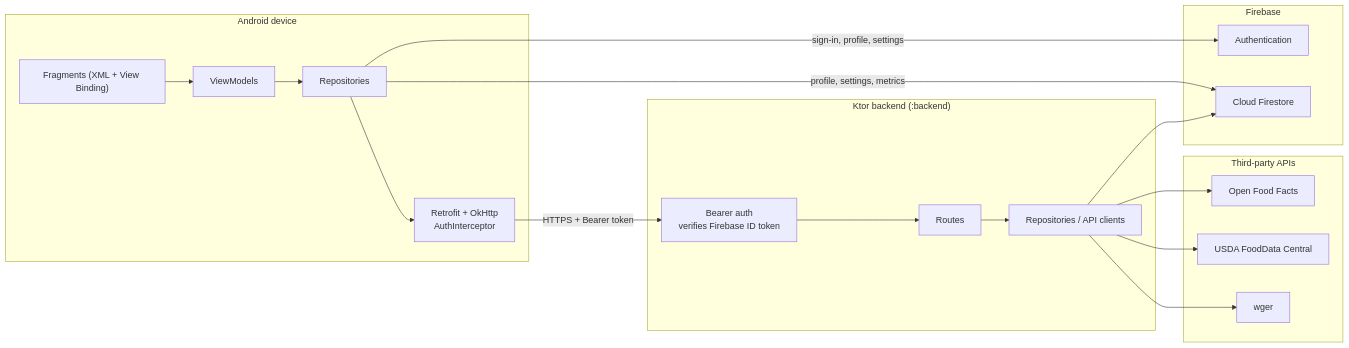
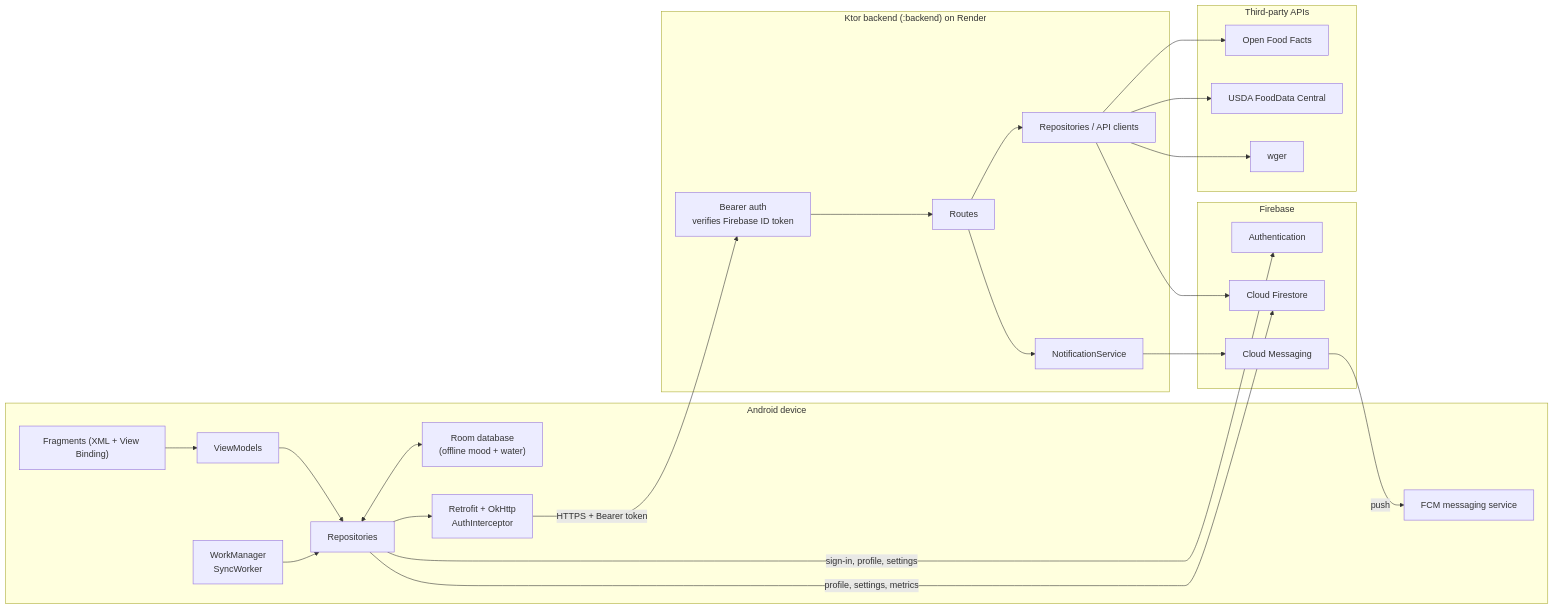
Before and after one commit to st10448055/KenkosaHealthApp-repository-prog7314: the first of 4 diagrams in README.md, drawn with Mermaid. The commit also changed other lines of this file, not shown here.

````diff
--- a/README.md
+++ b/README.md
@@ -71,36 +130,46 @@
 ```mermaid
 flowchart LR
     subgraph Device["Android device"]
         UI["Fragments (XML + View Binding)"]
         VM["ViewModels"]
         REPO["Repositories"]
+        ROOM["Room database<br/>(offline mood + water)"]
+        SYNC["WorkManager<br/>SyncWorker"]
+        FCMC["FCM messaging service"]
         NET["Retrofit + OkHttp<br/>AuthInterceptor"]
         UI --> VM --> REPO --> NET
+        REPO <--> ROOM
+        SYNC --> REPO
     end
 
-    subgraph Server["Ktor backend (:backend)"]
+    subgraph Server["Ktor backend (:backend) on Render"]
         AUTH["Bearer auth<br/>verifies Firebase ID token"]
         ROUTES["Routes"]
         SREPO["Repositories / API clients"]
+        NOTIF["NotificationService"]
         AUTH --> ROUTES --> SREPO
+        ROUTES --> NOTIF
     end
 
     subgraph Firebase["Firebase"]
         FAUTH["Authentication"]
         FS["Cloud Firestore"]
+        FCM["Cloud Messaging"]
     end
 
     subgraph External["Third-party APIs"]
         OFF["Open Food Facts"]
         USDA["USDA FoodData Central"]
         WGER["wger"]
     end
 
     REPO -- "sign-in, profile, settings" --> FAUTH
     REPO -- "profile, settings, metrics" --> FS
     NET -- "HTTPS + Bearer token" --> AUTH
     SREPO --> FS
     SREPO --> OFF
     SREPO --> USDA
     SREPO --> WGER
+    NOTIF --> FCM
+    FCM -- "push" --> FCMC
 ```
````
